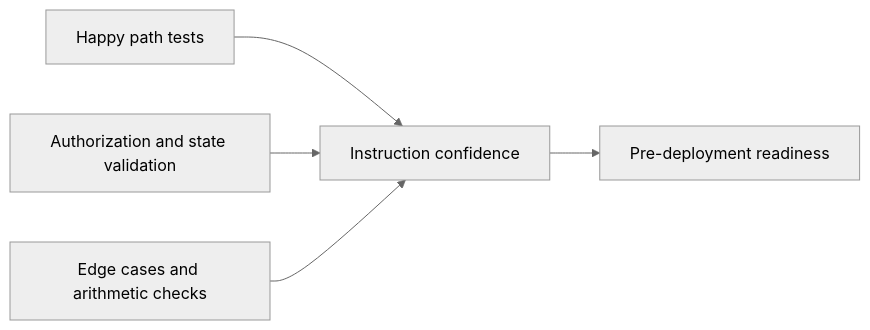
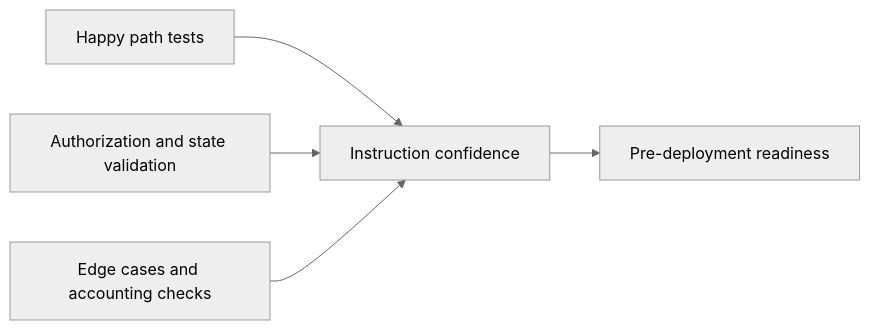
Before and after one commit to FajarArrizki/docs: the diagram in contract/testing.mdx, drawn with Mermaid (neutral theme). The commit also changed other lines of this file and 22 other files, not shown here.

````diff
--- a/contract/testing.mdx
+++ b/contract/testing.mdx
@@ -10,7 +12,7 @@
 ```mermaid
 flowchart LR
     A[Happy path tests] --> D[Instruction confidence]
     B[Authorization and state validation] --> D
-    C[Edge cases and arithmetic checks] --> D
+    C[Edge cases and accounting checks] --> D
     D --> E[Pre-deployment readiness]
 ```
````
